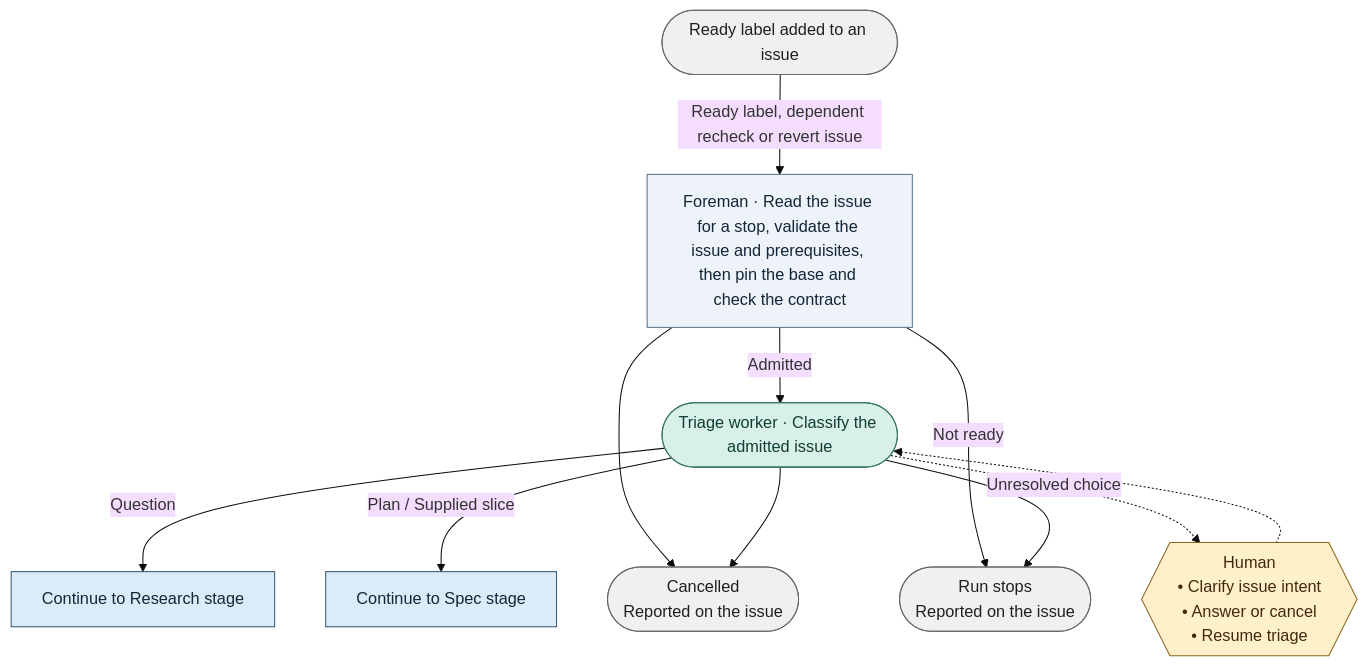
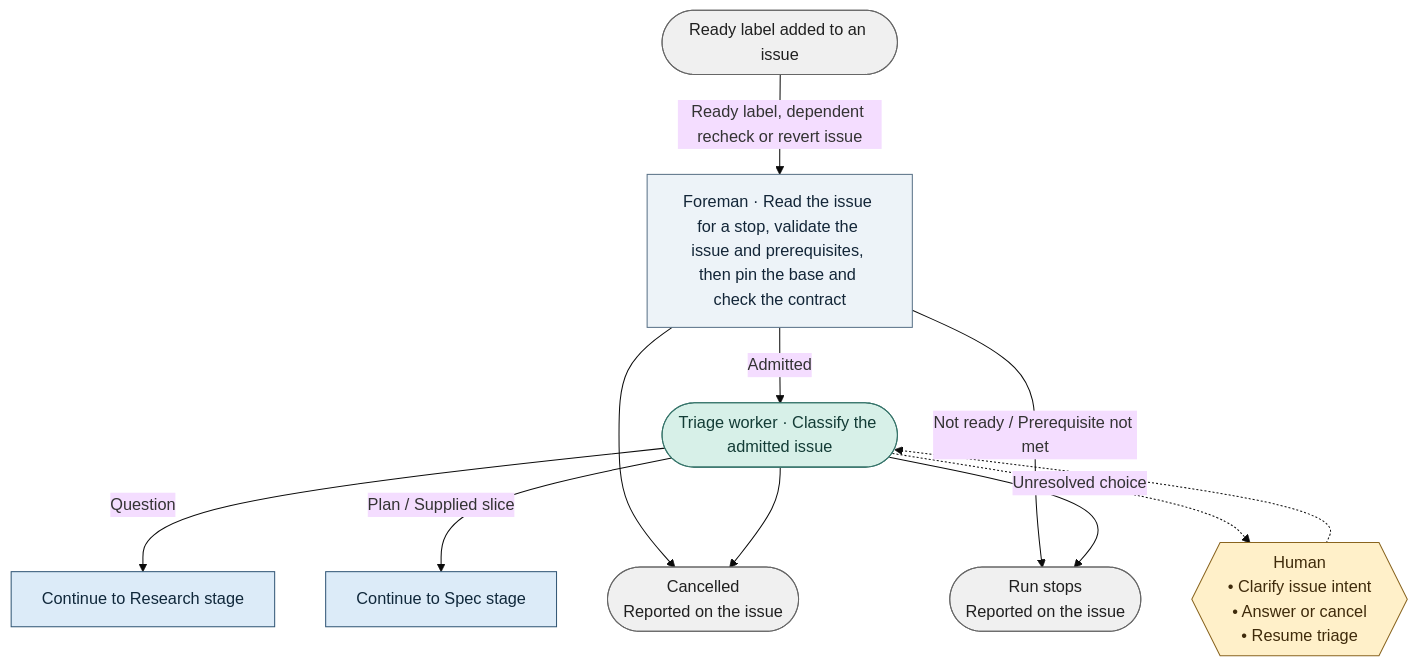
The diagram in docs/graph/blueprint/views/stages/triage.mmd (bookout-labs/tools), drawn with Mermaid (base theme) before and after one commit. The commit also changed 14 other files, not shown here.

```diff
--- a/docs/graph/blueprint/views/stages/triage.mmd
+++ b/docs/graph/blueprint/views/stages/triage.mmd
@@ -1,24 +1,24 @@
 flowchart TD
     n0(["Ready label added to an issue"]):::terminal
     n1["Foreman · Read the issue for a stop, validate the issue and prerequisites, then pin the base and check the contract"]:::step
     n2(["Triage worker · Classify the admitted issue"]):::worker
     n3(["Run stops<br/>Reported on the issue"]):::terminal
     n4(["Cancelled<br/>Reported on the issue"]):::terminal
     n5["Continue to Research stage"]:::stage
     n6["Continue to Spec stage"]:::stage
     n7{{"Human<br/>• Clarify issue intent<br/>• Answer or cancel<br/>• Resume triage"}}:::gate
     n0 -->|"Ready label, dependent recheck or revert issue"| n1
     n1 -->|"Admitted"| n2
-    n1 -->|"Not ready"| n3
+    n1 -->|"Not ready / Prerequisite not met"| n3
     n1 --> n4
     n2 -->|"Question"| n5
     n2 -->|"Plan / Supplied slice"| n6
     n2 --> n4
     n2 --> n3
     n2 -.->|"Unresolved choice"| n7
     n7 -.-> n2
     classDef stage fill:#dcebf8,stroke:#315675,color:#10283b
     classDef step fill:#edf3f8,stroke:#597187,color:#132638
     classDef worker fill:#d7f0e8,stroke:#357369,color:#133c36
     classDef gate fill:#fff0c9,stroke:#89641f,color:#3f2b0b
     classDef terminal fill:#f0f0f0,stroke:#666666,color:#202020
```
